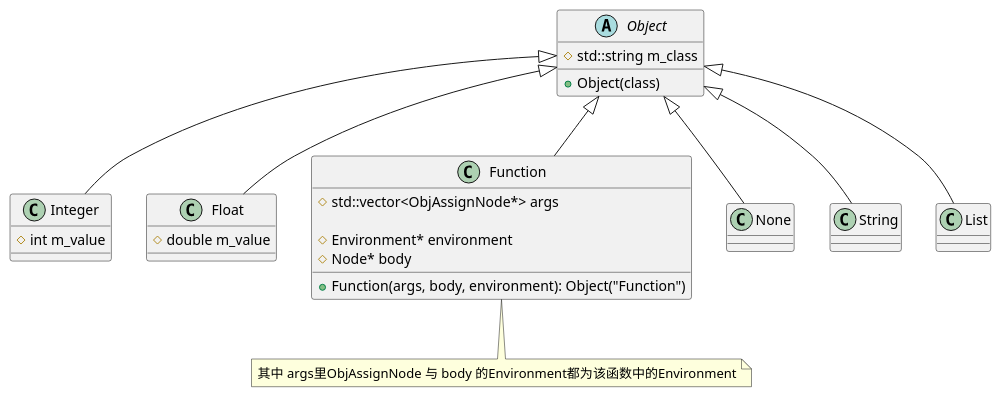
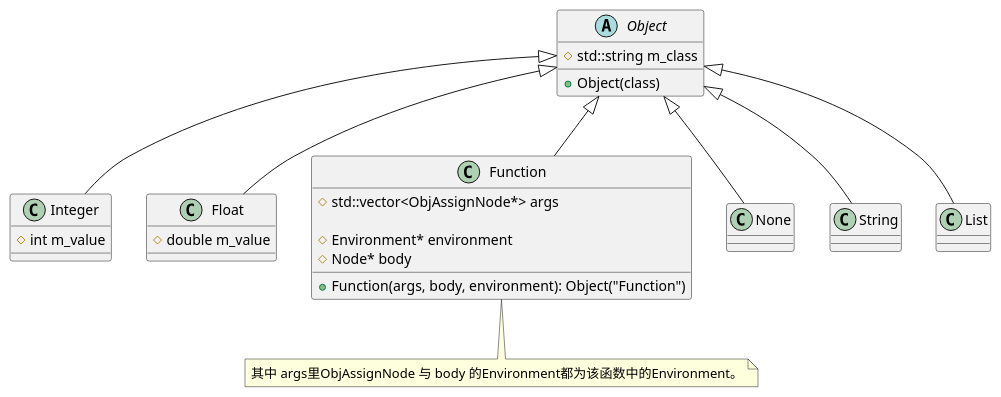
The diagram in doc/uml/object.puml (hereismg/Hydrogen), drawn with PlantUML before and after one commit. The commit also changed 17 other files, not shown here.

```diff
--- a/doc/uml/object.puml
+++ b/doc/uml/object.puml
@@ -1,34 +1,34 @@
 @startuml
 'https://plantuml.com/class-diagram
 
 abstract class Object{
     # std::string m_class
 
     + Object(class)
 }
 class Integer{
     # int m_value
 }
 class Float{
     # double m_value
 }
 class Function{
     # std::vector<ObjAssignNode*> args
 
     # Environment* environment
     # Node* body
 
     + Function(args, body, environment): Object("Function")
 }
-note bottom: 其中 args里ObjAssignNode 与 body 的Environment都为该函数中的Environment
+note bottom: 其中 args里ObjAssignNode 与 body 的Environment都为该函数中的Environment。
 
 class None
 
 Object <|-- Integer
 Object <|-- Float
 Object <|-- Function
 Object <|-- String
 Object <|-- List
 Object <|-- None
 
 @enduml
```
